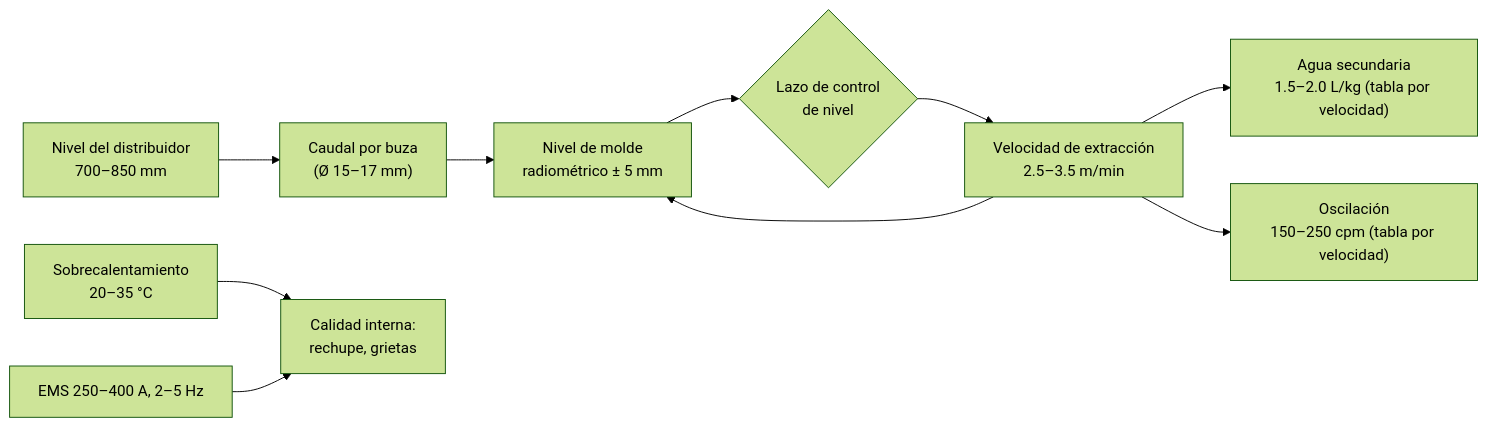
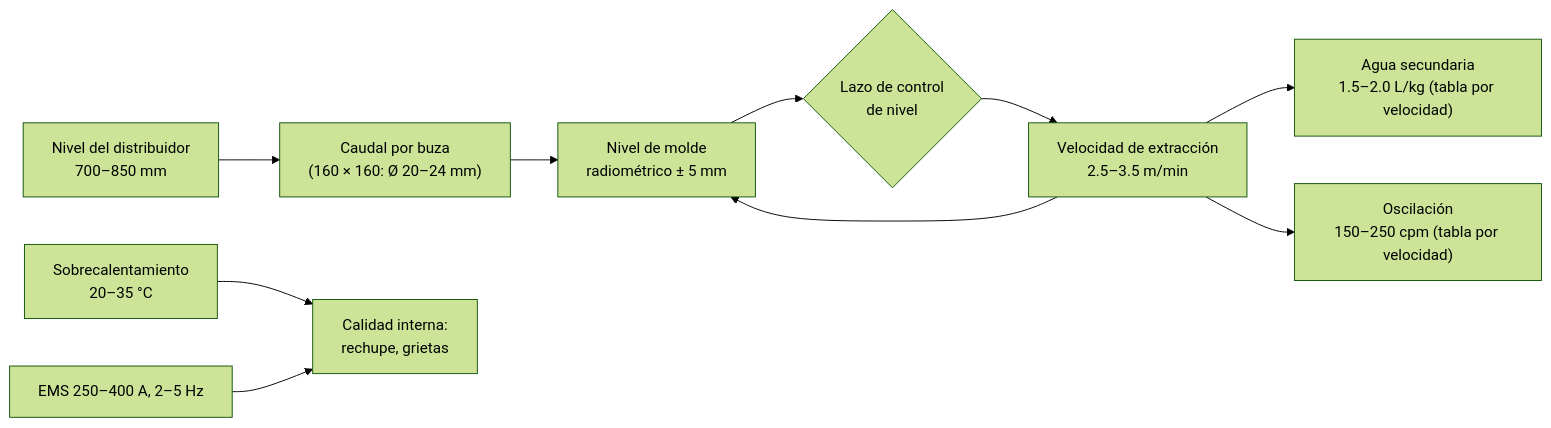
Before and after one commit to diegocardonaguzman03-maker/HR: the diagram in 10-plantas/01-steelmaking/02-operacion/cc2/MO-CC2-04-colada-estado-estable.md, drawn with Mermaid (forest theme). The commit also changed other lines of this file and 21 other files, not shown here.

````diff
--- a/10-plantas/01-steelmaking/02-operacion/cc2/MO-CC2-04-colada-estado-estable.md
+++ b/10-plantas/01-steelmaking/02-operacion/cc2/MO-CC2-04-colada-estado-estable.md
@@ -36,12 +36,12 @@
 ```mermaid
 flowchart LR
-    TD["Nivel del distribuidor<br/>700–850 mm"] --> Q["Caudal por buza<br/>(Ø 15–17 mm)"]
+    TD["Nivel del distribuidor<br/>700–850 mm"] --> Q["Caudal por buza<br/>(160 × 160: Ø 20–24 mm)"]
     Q --> ML["Nivel de molde<br/>radiométrico ± 5 mm"]
     ML --> LC{"Lazo de control<br/>de nivel"}
     LC --> V["Velocidad de extracción<br/>2.5–3.5 m/min"]
     V --> SC["Agua secundaria<br/>1.5–2.0 L/kg (tabla por velocidad)"]
     V --> OS["Oscilación<br/>150–250 cpm (tabla por velocidad)"]
     V --> ML
     SH["Sobrecalentamiento<br/>20–35 °C"] --> CAL["Calidad interna:<br/>rechupe, grietas"]
     EMS["EMS 250–400 A, 2–5 Hz"] --> CAL
 ```
````
